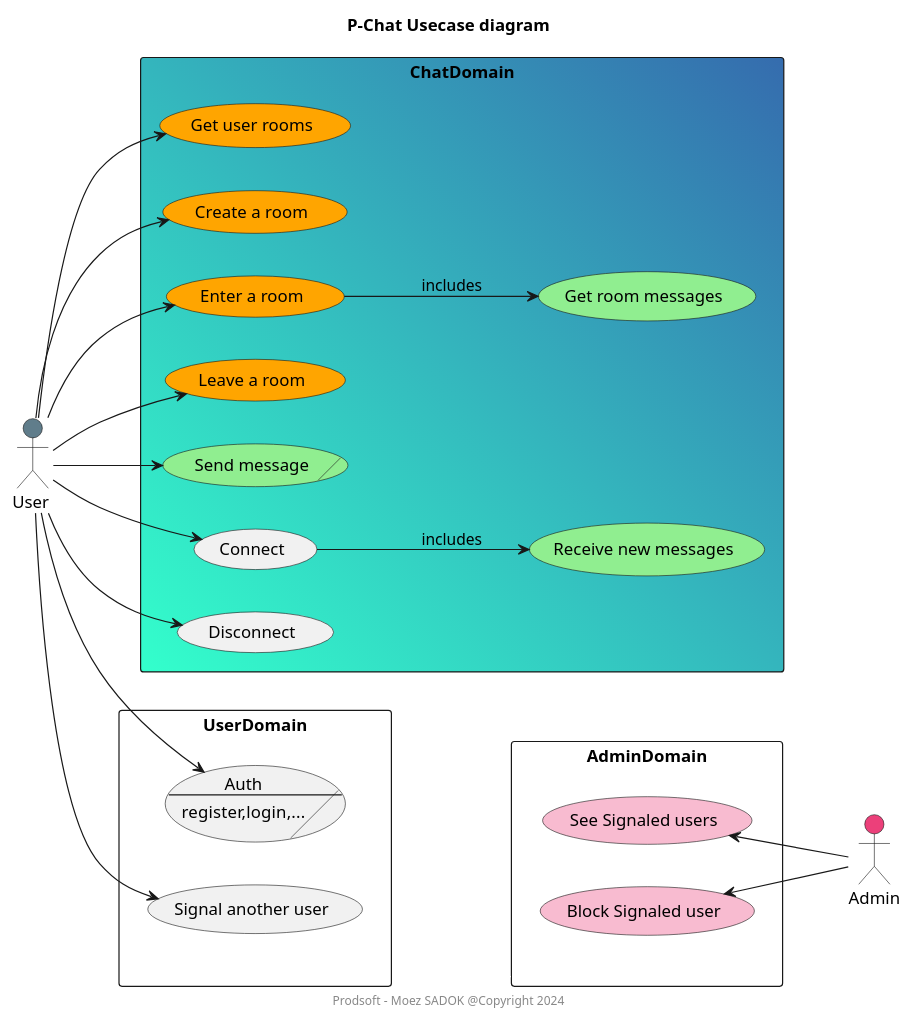
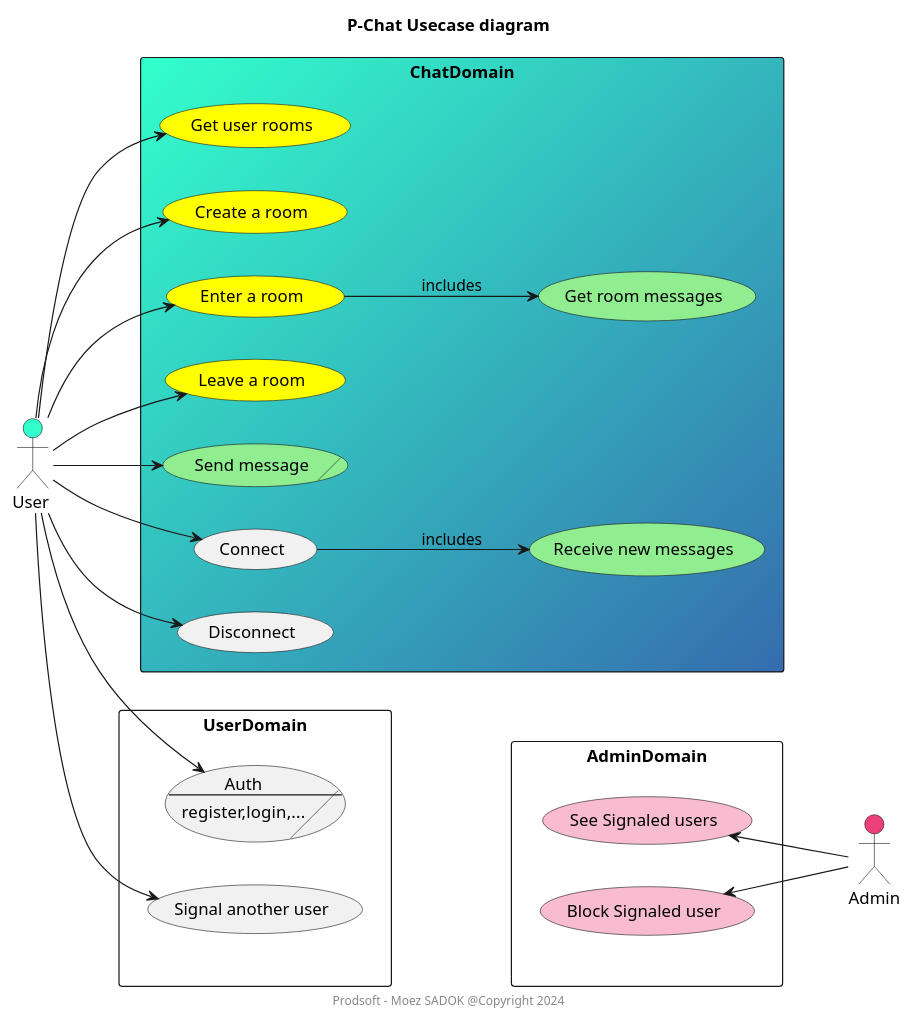
Before and after one commit to moez-sadok/chat-clean-architecture: the diagram in docs/design/app-use-cases.wsd, drawn with PlantUML. The commit also changed 4 other files, not shown here.

```diff
--- a/docs/design/app-use-cases.wsd
+++ b/docs/design/app-use-cases.wsd
@@ -1,53 +1,53 @@
 @startuml
 left to right direction
 
 title  P-Chat Usecase diagram
 footer Prodsoft - Moez SADOK @Copyright 2024
 
 actor "Admin" as adm #EC407A
-actor "User " as acs #607D8B
+actor "User " as acs #33FFCC
 
 rectangle UserDomain  {
     usecase/ UCC0 as "Auth
     --
     register,login,..."
     usecase "Signal another user" as UCC7
 }
 
-rectangle ChatDomain #33FFCC\356CAE{
-    usecase "Get user rooms" as UCC3 #Orange
-    usecase "Create a room" as UCC2 #Orange
-    usecase "Enter a room" as UCC4 #Orange
-    usecase "Leave a room" as UCC8 #Orange
+rectangle ChatDomain #33FFCC/356CAE{
+    usecase "Get user rooms" as UCC3 #Yellow
+    usecase "Create a room" as UCC2 #Yellow
+    usecase "Enter a room" as UCC4 #Yellow
+    usecase "Leave a room" as UCC8 #Yellow
     usecase "Get room messages" as UCC5 #LightGreen
     usecase "Receive new messages" as UCC9 #LightGreen
     usecase/ UCC6 as "Send message" #LightGreen
     usecase UCC1 as "Connect"
     usecase "Disconnect" as UCC10 
 }
 
 rectangle AdminDomain {
     usecase "See Signaled users" as UCA1 #F8BBD0
     usecase "Block Signaled user" as UCA2 #F8BBD0
 }
 
 acs --> UCC0
 acs --> UCC1
 acs --> UCC2
 acs --> UCC3
 acs --> UCC4
 acs --> UCC6
 acs --> UCC7
 acs --> UCC8
 acs --> UCC10
 
 UCC4 --> UCC5 : includes
 
 UCC1 --> UCC9 : includes
 
 UCA1 <-- adm
 UCA2 <-- adm
 
 UserDomain  -- AdminDomain #FFFFFF
 
 @enduml
```
